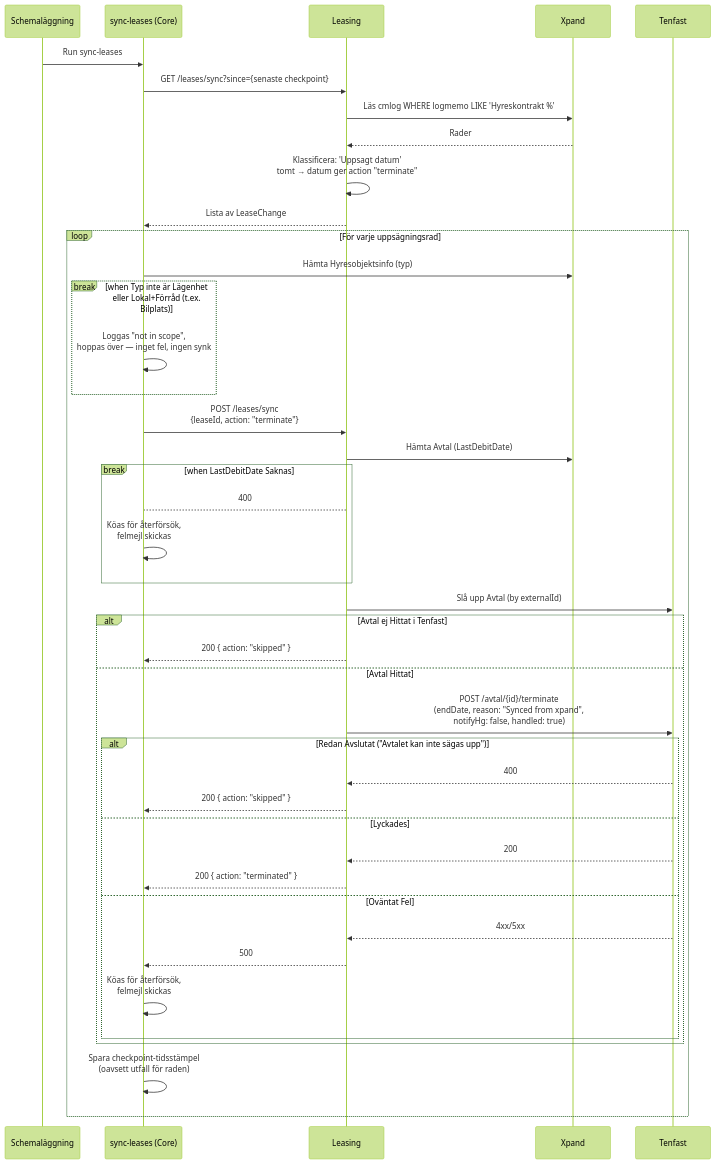
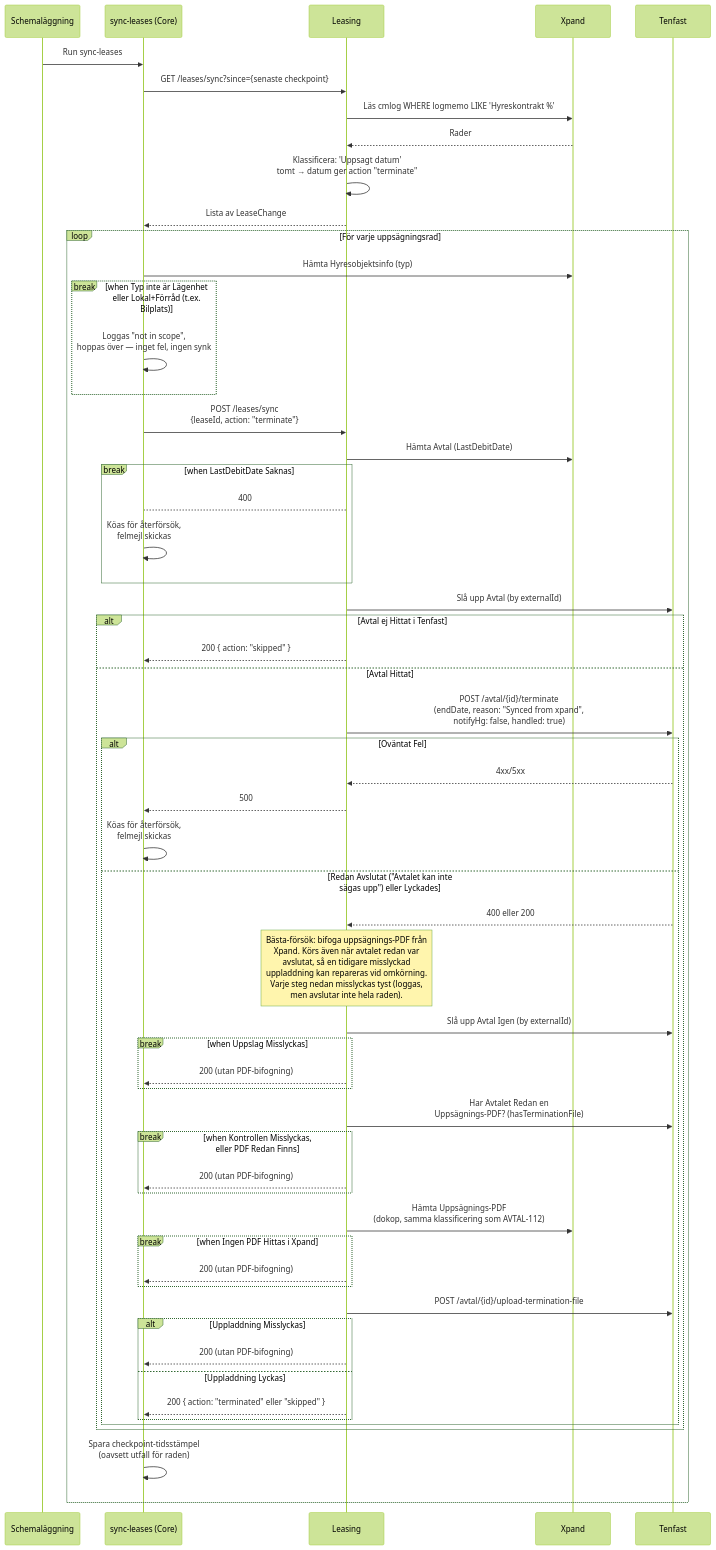
One commit to Bostads-AB-Mimer/onecore changed the second of 2 diagrams in core/src/processes/leasetermination/DOCS_Terminate_Lease_via_Xpand_Sync.md. Above: the diagram before and after it, drawn with Mermaid (forest theme). The commit also changed other lines of this file and 3 other files, not shown here.

First line of the commit message:
Docs: document the two new lease-termination flows (AVTAL-214, AVTAL-232)

````diff
--- a/core/src/processes/leasetermination/DOCS_Terminate_Lease_via_Xpand_Sync.md
+++ b/core/src/processes/leasetermination/DOCS_Terminate_Lease_via_Xpand_Sync.md
@@ -35,53 +42,77 @@
 ```mermaid
 sequenceDiagram
     participant CronJob as Schemaläggning
     participant SyncScript as sync-leases (Core)
     participant Leasing as Leasing
     participant Xpand as Xpand
     participant Tenfast as Tenfast
 
     CronJob ->> SyncScript: Run sync-leases
     SyncScript ->> Leasing: GET /leases/sync?since={senaste checkpoint}
     Leasing ->> Xpand: Läs cmlog WHERE logmemo LIKE 'Hyreskontrakt %'
     Xpand -->> Leasing: Rader
     Leasing ->> Leasing: Klassificera: 'Uppsagt datum'<br/>tomt → datum ger action "terminate"
     Leasing -->> SyncScript: Lista av LeaseChange
 
     loop För varje uppsägningsrad
         SyncScript ->> Xpand: Hämta Hyresobjektsinfo (typ)
 
         break when Typ inte är Lägenhet eller Lokal+Förråd (t.ex. Bilplats)
             SyncScript ->> SyncScript: Loggas "not in scope",<br/>hoppas över — inget fel, ingen synk
         end
 
         SyncScript ->> Leasing: POST /leases/sync<br/>{leaseId, action: "terminate"}
         Leasing ->> Xpand: Hämta Avtal (LastDebitDate)
 
         break when LastDebitDate Saknas
             Leasing-->SyncScript: 400
             SyncScript ->> SyncScript: Köas för återförsök,<br/>felmejl skickas
         end
 
         Leasing ->> Tenfast: Slå upp Avtal (by externalId)
 
         alt Avtal ej Hittat i Tenfast
             Leasing-->>SyncScript: 200 { action: "skipped" }
         else Avtal Hittat
             Leasing ->> Tenfast: POST /avtal/{id}/terminate<br/>(endDate, reason: "Synced from xpand",<br/>notifyHg: false, handled: true)
-            alt Redan Avslutat ("Avtalet kan inte sägas upp")
-                Tenfast-->>Leasing: 400
-                Leasing-->>SyncScript: 200 { action: "skipped" }
-            else Lyckades
-                Tenfast-->>Leasing: 200
-                Leasing-->>SyncScript: 200 { action: "terminated" }
-            else Oväntat Fel
+            alt Oväntat Fel
                 Tenfast-->>Leasing: 4xx/5xx
                 Leasing-->>SyncScript: 500
                 SyncScript ->> SyncScript: Köas för återförsök,<br/>felmejl skickas
+            else Redan Avslutat ("Avtalet kan inte<br/>sägas upp") eller Lyckades
+                Tenfast-->>Leasing: 400 eller 200
+
+                note over Leasing: Bästa-försök: bifoga uppsägnings-PDF från<br/>Xpand. Körs även när avtalet redan var<br/>avslutat, så en tidigare misslyckad<br/>uppladdning kan repareras vid omkörning.<br/>Varje steg nedan misslyckas tyst (loggas,<br/>men avslutar inte hela raden).
+
+                Leasing ->> Tenfast: Slå upp Avtal Igen (by externalId)
+
+                break when Uppslag Misslyckas
+                    Leasing-->>SyncScript: 200 (utan PDF-bifogning)
+                end
+
+                Leasing ->> Tenfast: Har Avtalet Redan en<br/>Uppsägnings-PDF? (hasTerminationFile)
+
+                break when Kontrollen Misslyckas,<br/>eller PDF Redan Finns
+                    Leasing-->>SyncScript: 200 (utan PDF-bifogning)
+                end
+
+                Leasing ->> Xpand: Hämta Uppsägnings-PDF<br/>(dokop, samma klassificering som AVTAL-112)
+
+                break when Ingen PDF Hittas i Xpand
+                    Leasing-->>SyncScript: 200 (utan PDF-bifogning)
+                end
+
+                Leasing ->> Tenfast: POST /avtal/{id}/upload-termination-file
+
+                alt Uppladdning Misslyckas
+                    Leasing-->>SyncScript: 200 (utan PDF-bifogning)
+                else Uppladdning Lyckas
+                    Leasing-->>SyncScript: 200 { action: "terminated" eller "skipped" }
+                end
             end
         end
 
         SyncScript ->> SyncScript: Spara checkpoint-tidsstämpel<br/>(oavsett utfall för raden)
     end
 
 ```
````
